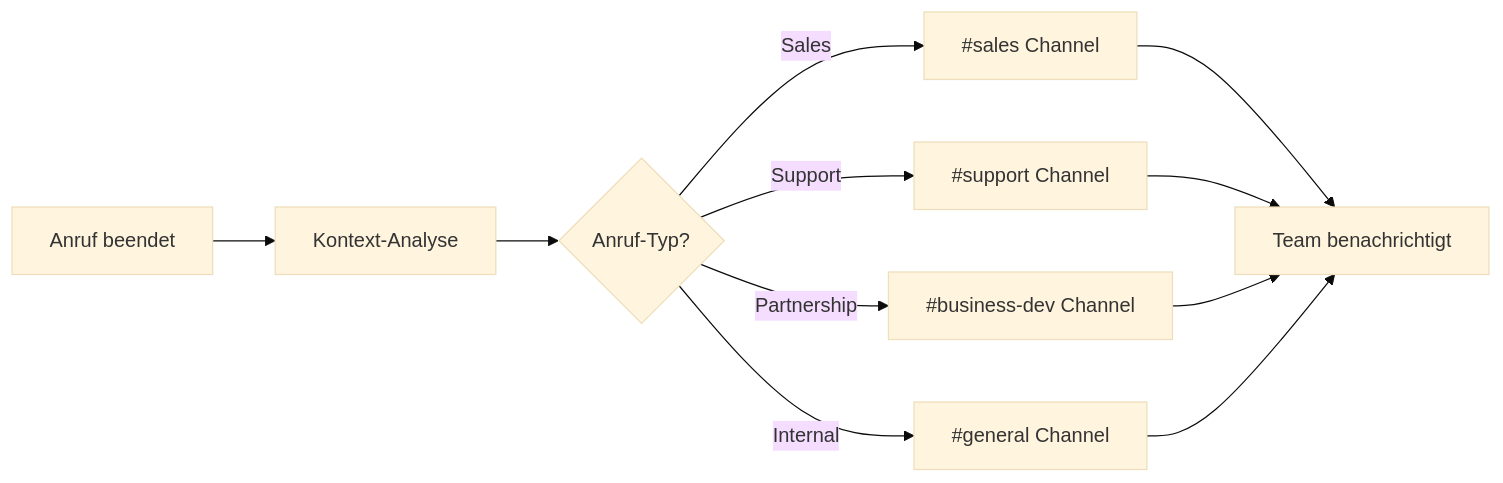
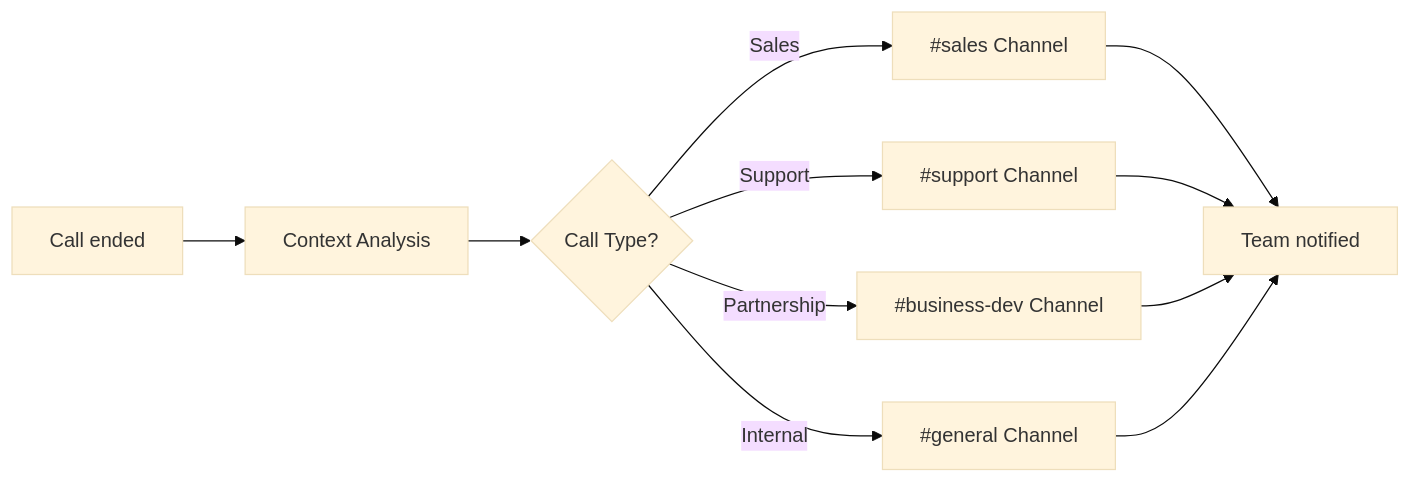
The diagram in en/automation-platform/integrations/einzelintegrations/slack.mdx (bekgroup/Famulor-docs-de), drawn with Mermaid (base theme) before and after one commit. The commit also changed other lines of this file and 273 other files, not shown here.

````diff
--- a/en/automation-platform/integrations/einzelintegrations/slack.mdx
+++ b/en/automation-platform/integrations/einzelintegrations/slack.mdx
@@ -35,13 +34,13 @@
 ```mermaid
 graph LR
-    A[Anruf beendet] --> B[Kontext-Analyse]
-    B --> C{Anruf-Typ?}
+    A[Call ended] --> B[Context Analysis]
+    B --> C{Call Type?}
     C -->|Sales| D[#sales Channel]
     C -->|Support| E[#support Channel]
     C -->|Partnership| F[#business-dev Channel]
     C -->|Internal| G[#general Channel]
-    D --> H[Team benachrichtigt]
+    D --> H[Team notified]
     E --> H
     F --> H
     G --> H
 ```
````
